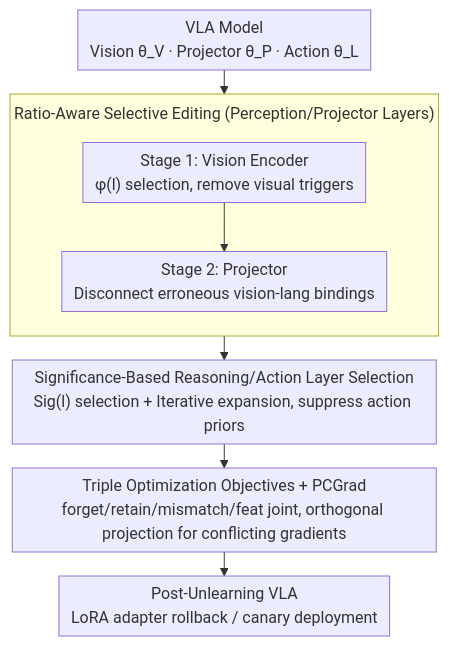
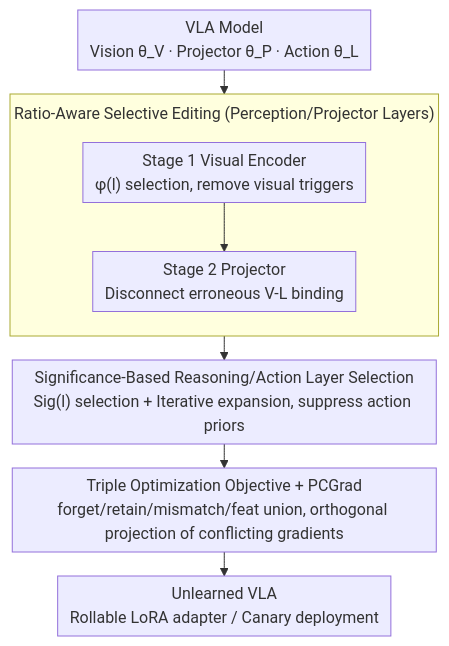
Before and after one commit to zhaoyang97/Paper-Notes-en: the diagram in docs/ACL2026/llm_safety/vla-forget_vision-language-action_unlearning_for_embodied_foundation_models.md, drawn with Mermaid. The commit also changed other lines of this file and 5084 other files, not shown here.

````diff
--- a/docs/ACL2026/llm_safety/vla-forget_vision-language-action_unlearning_for_embodied_foundation_models.md
+++ b/docs/ACL2026/llm_safety/vla-forget_vision-language-action_unlearning_for_embodied_foundation_models.md
@@ -43,13 +43,13 @@
 ```mermaid
 %%{init: {'flowchart': {'rankSpacing': 24, 'nodeSpacing': 28, 'padding': 6, 'wrappingWidth': 400, 'subGraphTitleMargin': {'top': 8, 'bottom': 16}}}}%%
 flowchart TD
     A["VLA Model<br/>Vision θ_V · Projector θ_P · Action θ_L"]
     subgraph RA["Ratio-Aware Selective Editing (Perception/Projector Layers)"]
         direction TB
-        B["Stage 1: Vision Encoder<br/>φ(l) selection, remove visual triggers"] --> C["Stage 2: Projector<br/>Disconnect erroneous vision-lang bindings"]
+        B["Stage 1 Visual Encoder<br/>φ(l) selection, remove visual triggers"] --> C["Stage 2 Projector<br/>Disconnect erroneous V-L binding"]
     end
     A --> RA
     RA --> D["Significance-Based Reasoning/Action Layer Selection<br/>Sig(l) selection + Iterative expansion, suppress action priors"]
-    D --> E["Triple Optimization Objectives + PCGrad<br/>forget/retain/mismatch/feat joint, orthogonal projection for conflicting gradients"]
-    E --> F["Post-Unlearning VLA<br/>LoRA adapter rollback / canary deployment"]
+    D --> E["Triple Optimization Objective + PCGrad<br/>forget/retain/mismatch/feat union, orthogonal projection of conflicting gradients"]
+    E --> F["Unlearned VLA<br/>Rollable LoRA adapter / Canary deployment"]
 ```
````
